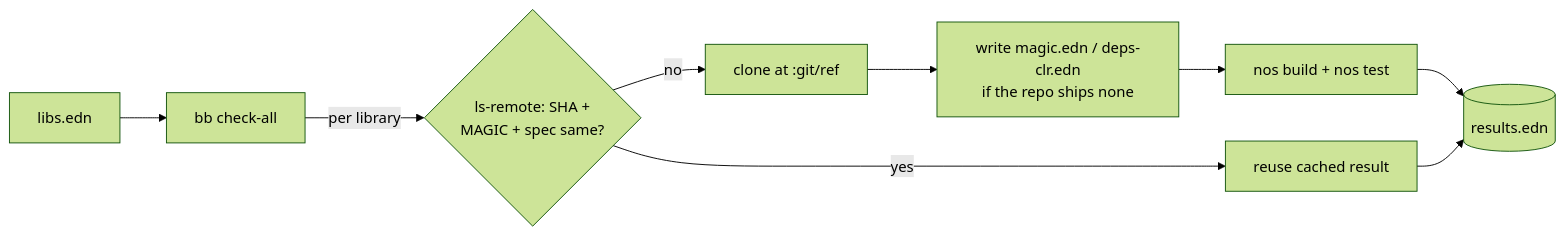
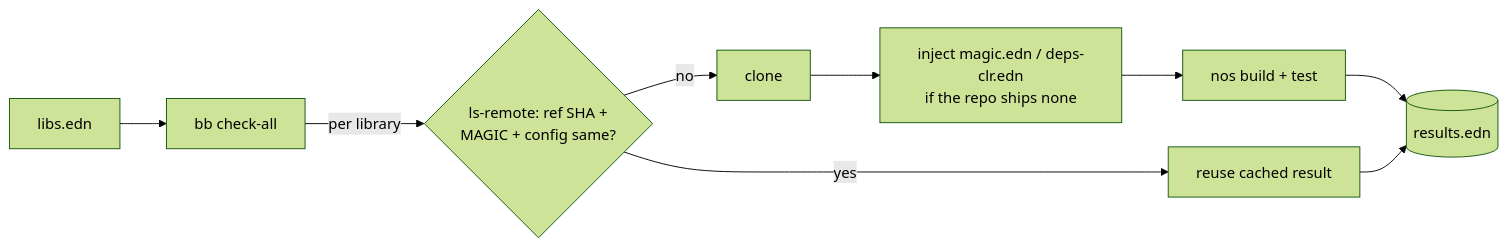
One commit to flybot-sg/magic-conformance changed the diagram in README.md. Above: the diagram before and after it, drawn with Mermaid (forest theme). The commit also changed other lines of this file, not shown here.

````diff
--- a/README.md
+++ b/README.md
@@ -23,11 +54,9 @@
 ```mermaid
 flowchart LR
   L[libs.edn] --> R[bb check-all]
-  R -->|per library| S{ls-remote: SHA +<br/>MAGIC + spec same?}
+  R -->|per library| S{ls-remote: ref SHA +<br/>MAGIC + config same?}
   S -->|yes| K[reuse cached result]
-  S -->|no| A[clone at :git/ref]
-  A --> B[write magic.edn / deps-clr.edn<br/>if the repo ships none]
-  B --> C[nos build + nos test]
+  S -->|no| A[clone] --> B[inject magic.edn / deps-clr.edn<br/>if the repo ships none] --> C[nos build + test]
   C --> W[(results.edn)]
   K --> W
 ```
````
